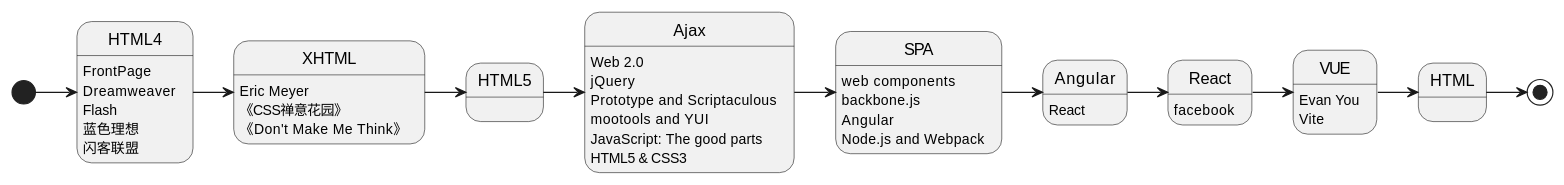
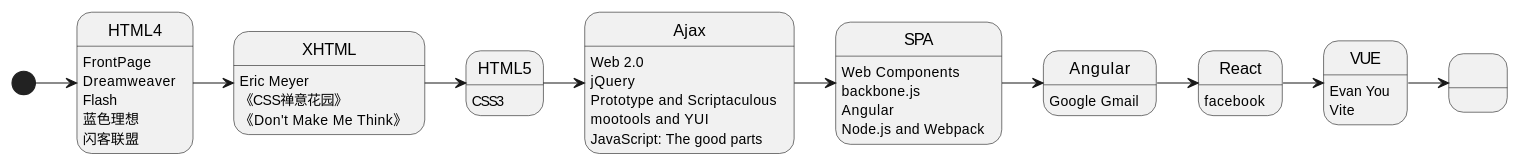
The diagram in content/1.专栏/3.编程/20240320-HTML回忆录.rst (kaffa/kaffa), drawn with PlantUML before and after one commit. The commit also changed other lines of this file and 8 other files, not shown here.

```diff
--- a/content/1.专栏/3.编程/20240320-HTML回忆录.rst
+++ b/content/1.专栏/3.编程/20240320-HTML回忆录.rst
@@ -19,38 +17,37 @@
 .. uml::
     :alt: 有关HTML的记忆
     :format: svg
     :filename: html-memoir
 
     [*] -> HTML4
     HTML4 -> XHTML
     XHTML -> HTML5
     HTML5 -> Ajax
     Ajax -> SPA
     SPA -> Angular
     Angular -> React
     React -> VUE
-    VUE -> HTML
-    HTML -> [*]
+    VUE -> ...
 
     HTML4: FrontPage
     HTML4: Dreamweaver
     HTML4: Flash
     HTML4: 蓝色理想
     HTML4: 闪客联盟
     XHTML: Eric Meyer
     XHTML: 《CSS禅意花园》
     XHTML: 《Don't Make Me Think》
+    HTML5: CSS3
     Ajax: Web 2.0
     Ajax: jQuery
     Ajax: Prototype and Scriptaculous
     Ajax: mootools and YUI
     Ajax: JavaScript: The good parts
-    Ajax: HTML5 & CSS3
-    SPA: web components
+    SPA: Web Components
     SPA: backbone.js
     SPA: Angular
     SPA: Node.js and Webpack
-    Angular: React
+    Angular: Google Gmail
     React: facebook
     VUE: Evan You
     VUE: Vite
```
